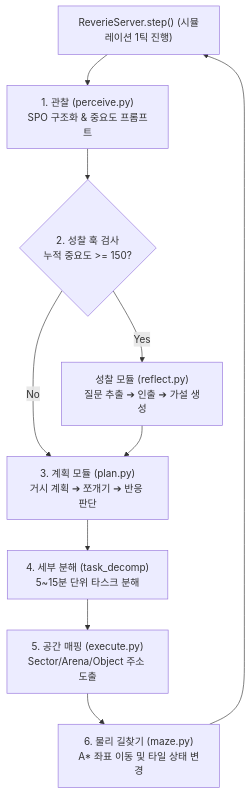
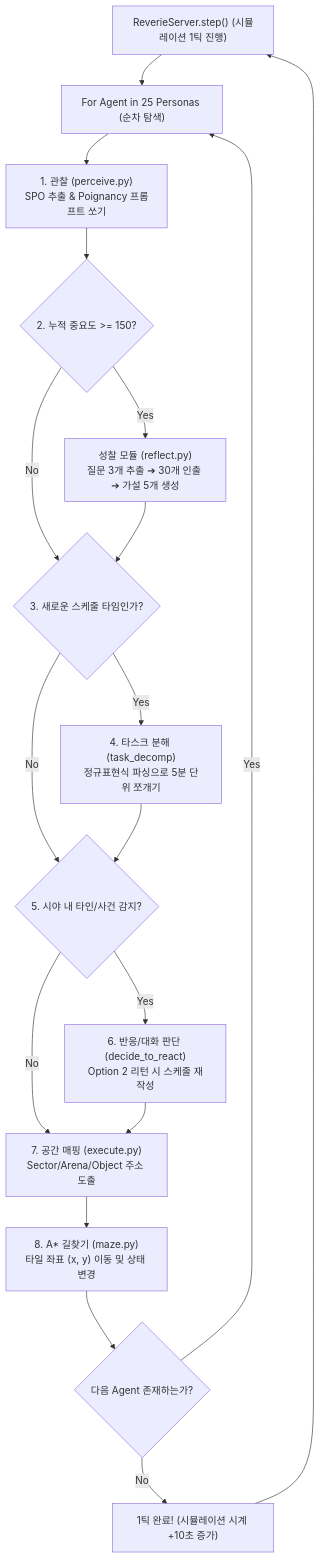
Before and after one commit to jin20203458/MundusVivens: the fourth of 4 diagrams in docs/references/smallville_behavior_report.md, drawn with Mermaid. The commit also changed other lines of this file, not shown here.

Commit message:
docs: finalize smallville behavior report with complete memory graph, edge pointers, and self mutation architecture

````diff
--- a/docs/references/smallville_behavior_report.md
+++ b/docs/references/smallville_behavior_report.md
@@ -11,14 +211,26 @@
 ```mermaid
 flowchart TD
-    Start["ReverieServer.step() (시뮬레이션 1틱 진행)"] --> Perceive["1. 관찰 (perceive.py)<br/>SPO 구조화 & 중요도 프롬프트"]
-    Perceive --> ReflectCheck{"2. 성찰 훅 검사<br/>누적 중요도 >= 150?"}
+    Start["ReverieServer.step() (시뮬레이션 1틱 진행)"] --> LoopAgent["For Agent in 25 Personas (순차 탐색)"]
     
-    ReflectCheck -- "Yes" --> Reflect["성찰 모듈 (reflect.py)<br/>질문 추출 ➔ 인출 ➔ 가설 생성"]
-    ReflectCheck -- "No" --> Plan["3. 계획 모듈 (plan.py)<br/>거시 계획 ➔ 쪼개기 ➔ 반응 판단"]
-    Reflect --> Plan
+    LoopAgent --> Perceive["1. 관찰 (perceive.py)<br/>SPO 추출 & Poignancy 프롬프트 쏘기"]
+    Perceive --> AccumCheck{"2. 누적 중요도 >= 150?"}
     
-    Plan --> Decomp["4. 세부 분해 (task_decomp)<br/>5~15분 단위 타스크 분해"]
-    Decomp --> Spatial["5. 공간 매핑 (execute.py)<br/>Sector/Arena/Object 주소 도출"]
-    Spatial --> Path["6. 물리 길찾기 (maze.py)<br/>A* 좌표 이동 및 타일 상태 변경"]
-    Path --> Start
+    AccumCheck -- "Yes" --> Reflect["성찰 모듈 (reflect.py)<br/>질문 3개 추출 ➔ 30개 인출 ➔ 가설 5개 생성"]
+    AccumCheck -- "No" --> PlanCheck{"3. 새로운 스케줄 타임인가?"}
+    
+    Reflect --> PlanCheck
+    PlanCheck -- "Yes" --> Decomp["4. 타스크 분해 (task_decomp)<br/>정규표현식 파싱으로 5분 단위 쪼개기"]
+    PlanCheck -- "No" --> ReactCheck{"5. 시야 내 타인/사건 감지?"}
+    
+    Decomp --> ReactCheck
+    ReactCheck -- "Yes" --> React["6. 반응/대화 판단 (decide_to_react)<br/>Option 2 리턴 시 스케줄 재작성"]
+    ReactCheck -- "No" --> Spatial["7. 공간 매핑 (execute.py)<br/>Sector/Arena/Object 주소 도출"]
+    
+    React --> Spatial
+    Spatial --> Path["8. A* 길찾기 (maze.py)<br/>타일 좌표 (x, y) 이동 및 상태 변경"]
+    
+    Path --> NextAgent{"다음 Agent 존재하는가?"}
+    NextAgent -- "Yes" --> LoopAgent
+    NextAgent -- "No" --> FinishTick["1틱 완료! (시뮬레이션 시계 +10초 증가)"]
+    FinishTick --> Start
 ```
````
